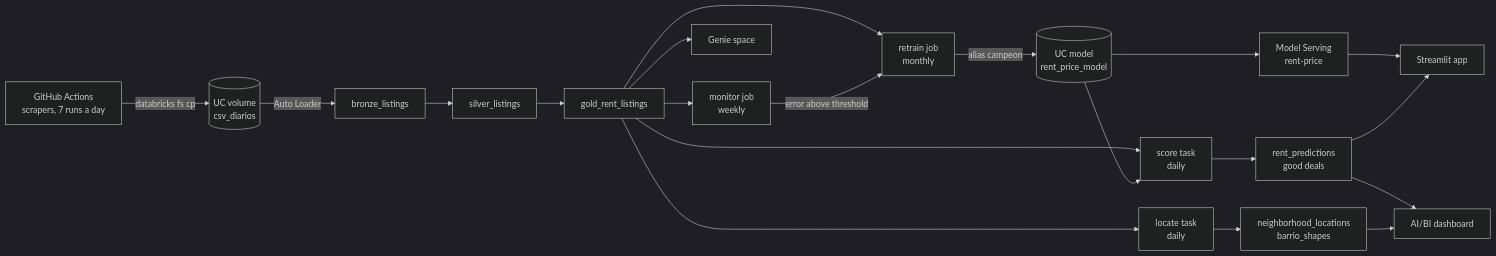
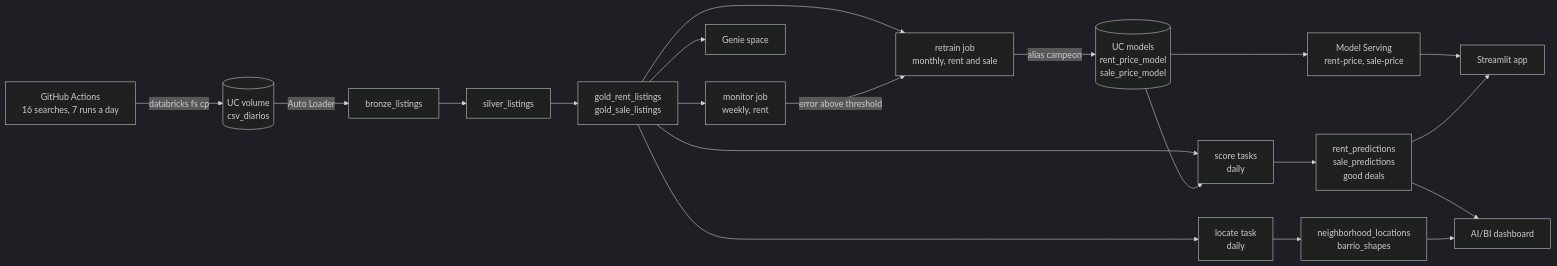
Before and after one commit to LGuillermoAngaritaG/scraping_listings: the diagram in databricks/README.md, drawn with Mermaid (dark theme). The commit also changed other lines of this file and 37 other files, not shown here.

First line of the commit message:
Add new cities, sale model, model search and Databricks screenshots

````diff
--- a/databricks/README.md
+++ b/databricks/README.md
@@ -6,22 +6,22 @@
 ```mermaid
 flowchart LR
-  GA["GitHub Actions<br/>scrapers, 7 runs a day"] -->|databricks fs cp| V[("UC volume<br/>csv_diarios")]
+  GA["GitHub Actions<br/>16 searches, 7 runs a day"] -->|databricks fs cp| V[("UC volume<br/>csv_diarios")]
   V -->|Auto Loader| B[bronze_listings]
   B --> S[silver_listings]
-  S --> G[gold_rent_listings]
-  G --> T["retrain job<br/>monthly"]
-  T -->|alias campeon| M[("UC model<br/>rent_price_model")]
-  M --> E["Model Serving<br/>rent-price"]
+  S --> G["gold_rent_listings<br/>gold_sale_listings"]
+  G --> T["retrain job<br/>monthly, rent and sale"]
+  T -->|alias campeon| M[("UC models<br/>rent_price_model<br/>sale_price_model")]
+  M --> E["Model Serving<br/>rent-price, sale-price"]
   E --> A[Streamlit app]
-  G --> MON["monitor job<br/>weekly"]
+  G --> MON["monitor job<br/>weekly, rent"]
   MON -->|error above threshold| T
-  G --> SC["score task<br/>daily"]
+  G --> SC["score tasks<br/>daily"]
   M --> SC
-  SC --> P["rent_predictions<br/>good deals"]
+  SC --> P["rent_predictions<br/>sale_predictions<br/>good deals"]
   P --> D[AI/BI dashboard]
   P --> A
   G --> LOC["locate task<br/>daily"]
   LOC --> NL["neighborhood_locations<br/>barrio_shapes"]
   NL --> D
   G --> GN[Genie space]
 ```
````
